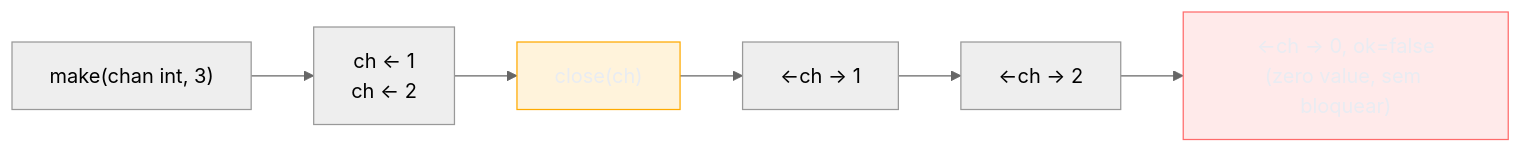
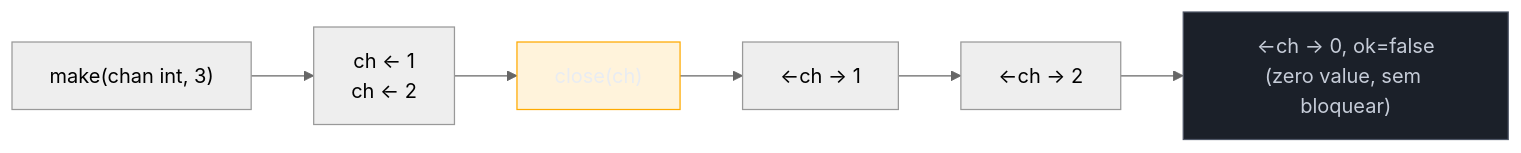
The first of 2 diagrams in 03-Dominios/Tecnologia/Go/08 - Channels e select/03 - Fechando channels e o range.md (josenaldo/codex-technomanticus), drawn with Mermaid (neutral theme) before and after one commit. The commit also changed 601 other files, not shown here.

````diff
--- a/03-Dominios/Tecnologia/Go/08 - Channels e select/03 - Fechando channels e o range.md
+++ b/03-Dominios/Tecnologia/Go/08 - Channels e select/03 - Fechando channels e o range.md
@@ -48,13 +48,13 @@
 ```mermaid
 flowchart LR
+    classDef neutro fill:#1B2029,stroke:#4E5666,color:#C6CCD8
     classDef destaque fill:#FFAA0024,stroke:#FFAA00,color:#E9ECF2
-    classDef falha fill:#FF6B6B24,stroke:#FF6B6B,color:#E9ECF2
     A["make(chan int, 3)"] --> B["ch <- 1\nch <- 2"]
     B --> C["close(ch)"]
     C --> D["<-ch → 1"]
     D --> E["<-ch → 2"]
     E --> F["<-ch → 0, ok=false\n(zero value, sem bloquear)"]
 
     class C destaque
-    class F falha
+    class F neutro
 ```
````
